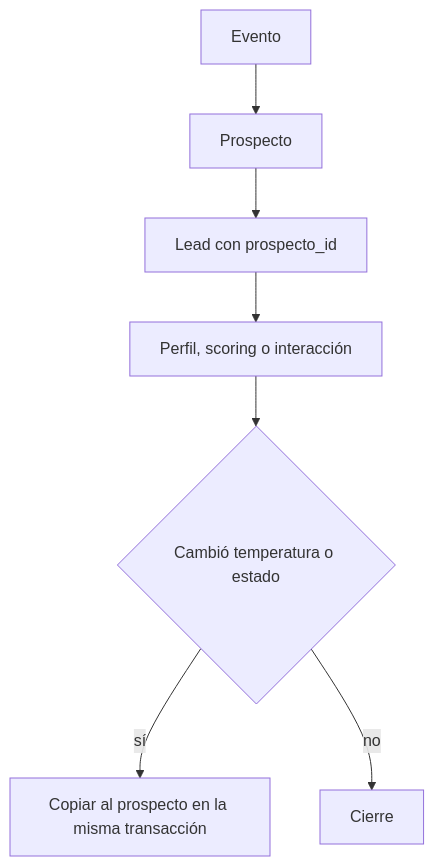
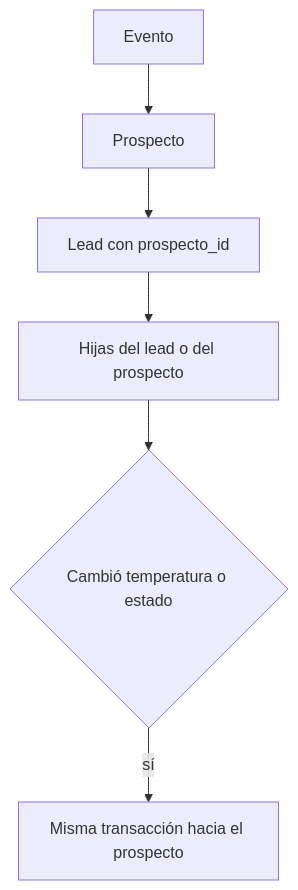
The seventh of 13 diagrams in docs/palm-lab-practica/iso/PD-SGC-MAN-001.md (EstrategiaInmobiliaria/Tokenizer-extended), drawn with Mermaid before and after one commit. The commit also changed other lines of this file and 4 other files, not shown here.

````diff
--- a/docs/palm-lab-practica/iso/PD-SGC-MAN-001.md
+++ b/docs/palm-lab-practica/iso/PD-SGC-MAN-001.md
@@ -349,9 +309,8 @@
 ```mermaid
 flowchart TD
   E[Evento] --> W1[Prospecto]
   W1 --> W2[Lead con prospecto_id]
-  W2 --> W3[Perfil, scoring o interacción]
+  W2 --> W3[Hijas del lead o del prospecto]
   W3 --> S{Cambió temperatura o estado}
-  S -->|sí| W4[Copiar al prospecto en la misma transacción]
-  S -->|no| FIN[Cierre]
+  S -->|sí| W4[Misma transacción hacia el prospecto]
 ```
````
